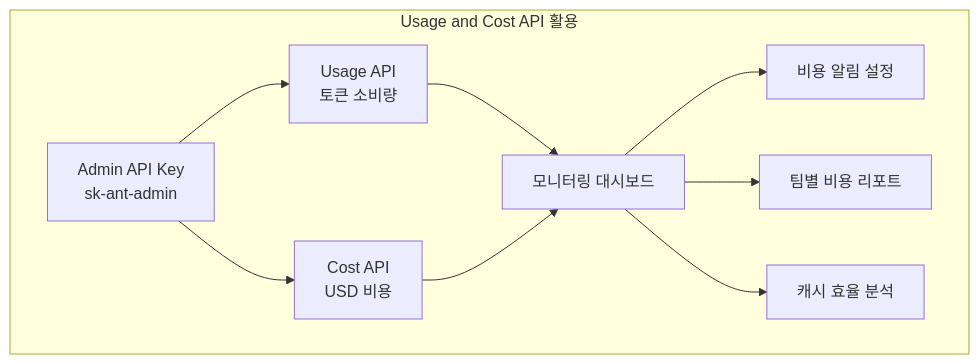
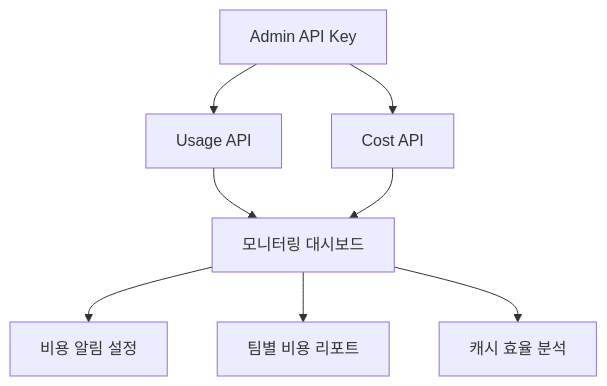
One commit to ice-ice-bear/ice-ice-bear.github.io changed the third of 3 diagrams in content/posts/2026-03-03-claude-code-token-optimization.md. Above: the diagram before and after it, drawn with Mermaid. The commit also changed other lines of this file and 1 other file, not shown here.

First line of the commit message:
Simplify mermaid diagrams to fix rendering

````diff
--- a/content/posts/2026-03-03-claude-code-token-optimization.md
+++ b/content/posts/2026-03-03-claude-code-token-optimization.md
@@ -197,14 +189,10 @@
 ```mermaid
 graph TD
-    subgraph "Usage and Cost API 활용"
-        AdminKey["Admin API Key<br/>sk-ant-admin"] --> UsageAPI["Usage API<br/>토큰 소비량"]
-        AdminKey --> CostAPI["Cost API<br/>USD 비용"]
-
-        UsageAPI --> Dashboard["모니터링 대시보드"]
-        CostAPI --> Dashboard
-
-        Dashboard --> Alert["비용 알림 설정"]
-        Dashboard --> Report["팀별 비용 리포트"]
-        Dashboard --> Optimize["캐시 효율 분석"]
-    end
+    AdminKey[Admin API Key] --> UsageAPI[Usage API]
+    AdminKey --> CostAPI[Cost API]
+    UsageAPI --> Dashboard[모니터링 대시보드]
+    CostAPI --> Dashboard
+    Dashboard --> Alert[비용 알림 설정]
+    Dashboard --> Report[팀별 비용 리포트]
+    Dashboard --> Optimize[캐시 효율 분석]
 ```
````
